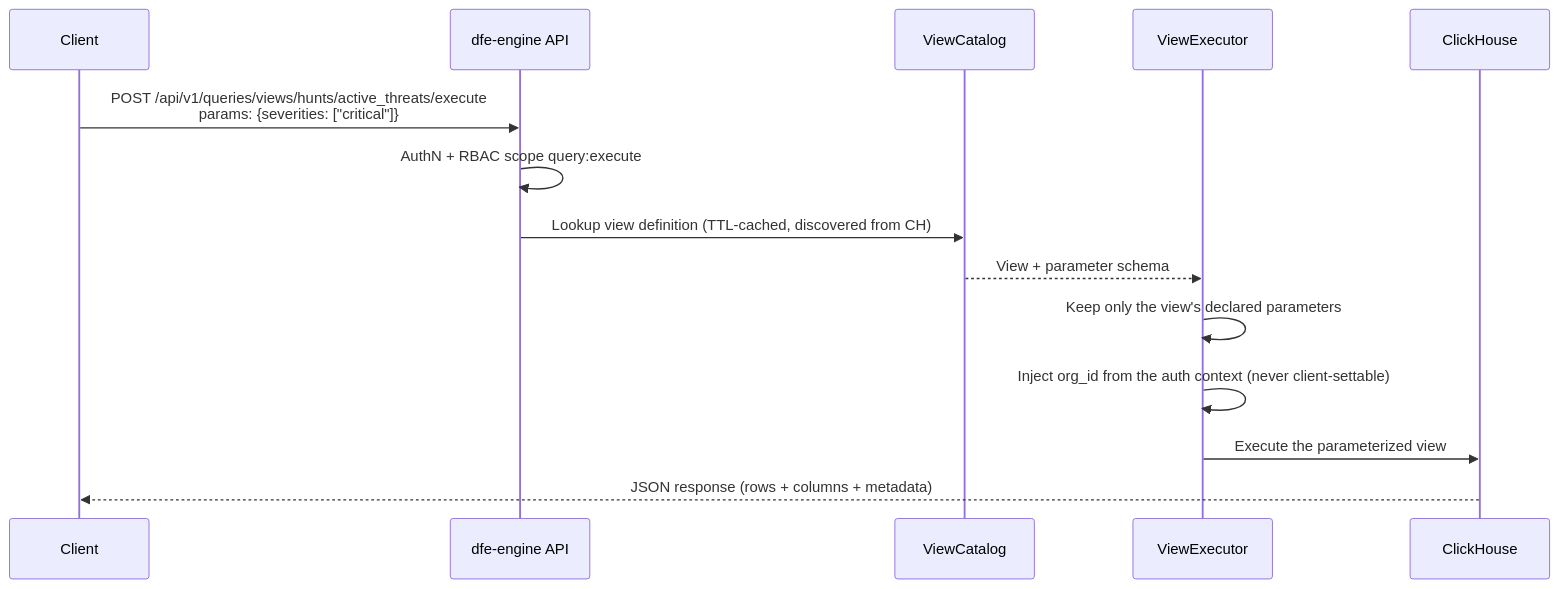
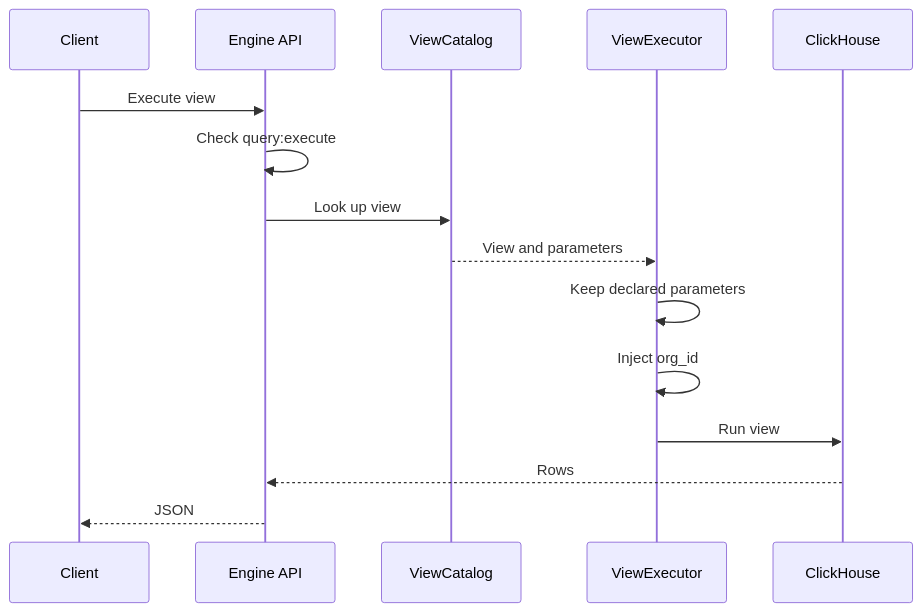
One commit to hyperi-io/dfe-engine changed the first of 4 diagrams in docs/data-plane/query-api.md. Above: the diagram before and after it, drawn with Mermaid. The commit also changed other lines of this file and 71 other files, not shown here.

First line of the commit message:
docs(engine): update claims and redraw diagrams

````diff
--- a/docs/data-plane/query-api.md
+++ b/docs/data-plane/query-api.md
@@ -30,17 +30,19 @@
 ```mermaid
 sequenceDiagram
-    participant C as Client
-    participant API as dfe-engine API
-    participant CAT as ViewCatalog
-    participant EX as ViewExecutor
-    participant DB as ClickHouse
-
-    C->>API: POST /api/v1/queries/views/hunts/active_threats/execute<br/>params: {severities: ["critical"]}
-    API->>API: AuthN + RBAC scope query:execute
-    API->>CAT: Lookup view definition (TTL-cached, discovered from CH)
-    CAT-->>EX: View + parameter schema
-    EX->>EX: Keep only the view's declared parameters
-    EX->>EX: Inject org_id from the auth context (never client-settable)
-    EX->>DB: Execute the parameterized view
-    DB-->>C: JSON response (rows + columns + metadata)
+    accTitle: L4 Detail -- View execution
+    accDescr: The client posts to a view's execute route. The API checks the caller's scope. The executor looks the view up in the catalog, keeps the parameters the view declares, injects org_id from the auth context and runs the view on ClickHouse, and the rows return to the client as JSON.
+    participant client as Client
+    participant api as Engine API
+    participant catalog as ViewCatalog
+    participant executor as ViewExecutor
+    participant ch as ClickHouse
+    client->>api: Execute view
+    api->>api: Check query:execute
+    api->>catalog: Look up view
+    catalog-->>executor: View and parameters
+    executor->>executor: Keep declared parameters
+    executor->>executor: Inject org_id
+    executor->>ch: Run view
+    ch-->>api: Rows
+    api-->>client: JSON
 ```
````
